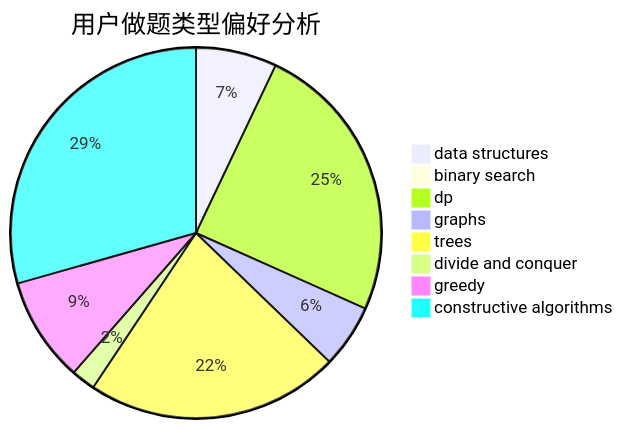
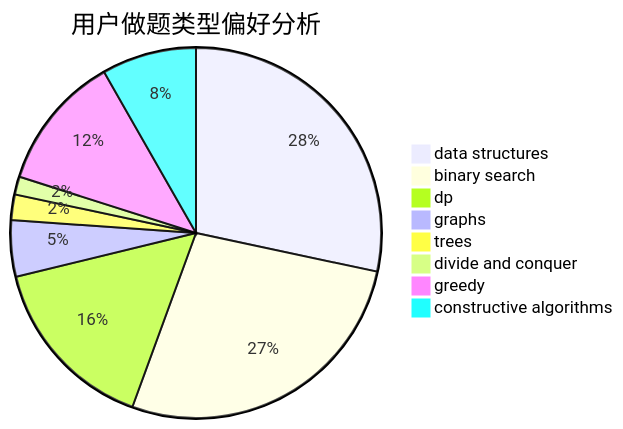
The second of 3 diagrams in docs/user/u2609.md (sherpahu/cfrs.github.io), drawn with Mermaid before and after one commit. The commit also changed other lines of this file and 2770 other files, not shown here.

````diff
--- a/docs/user/u2609.md
+++ b/docs/user/u2609.md
@@ -23,11 +23,11 @@
 ```mermaid
 pie title 用户做题类型偏好分析
-    "data structures" :  37
-    "binary search" :  0
-    "dp" :  129
-    "graphs" :  29
-    "trees" :  116
-    "divide and conquer" :  11
-    "greedy" :  48
-    "constructive algorithms" :  154
+    "data structures" :  127
+    "binary search" :  122
+    "dp" :  70
+    "graphs" :  22
+    "trees" :  10
+    "divide and conquer" :  7
+    "greedy" :  53
+    "constructive algorithms" :  37
 ```
````
